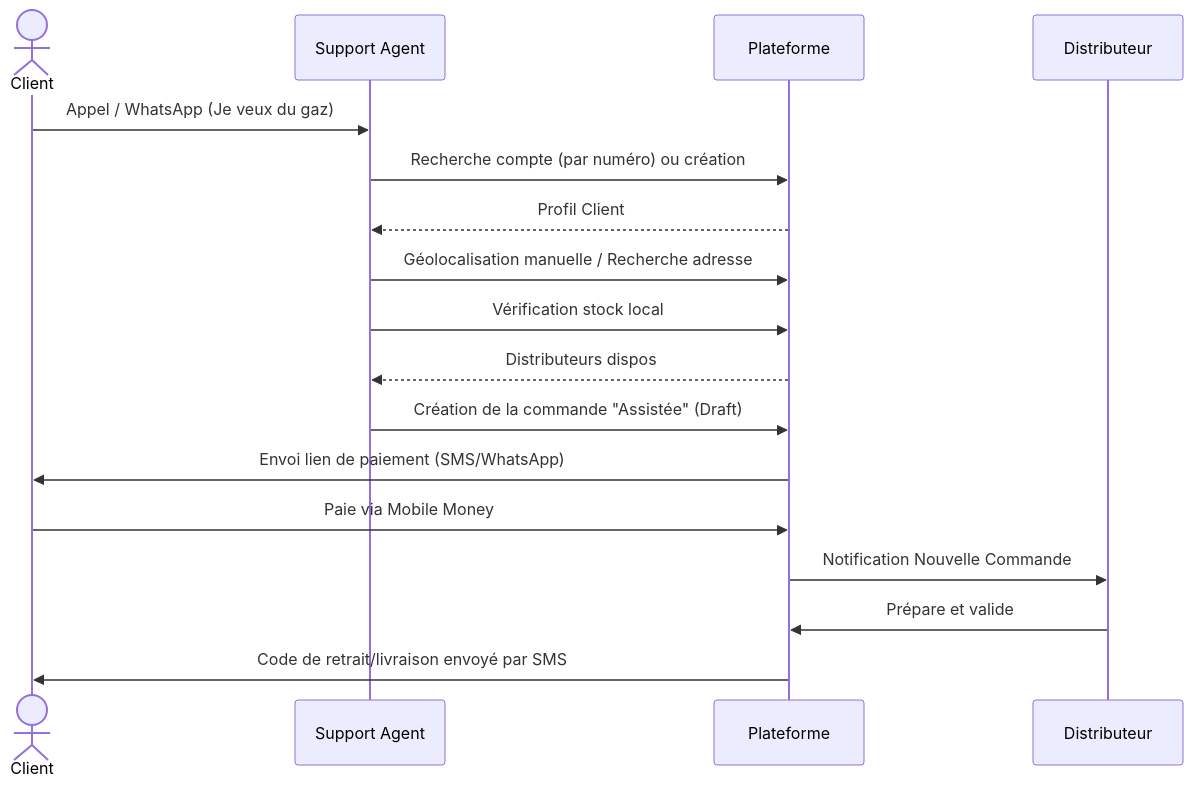
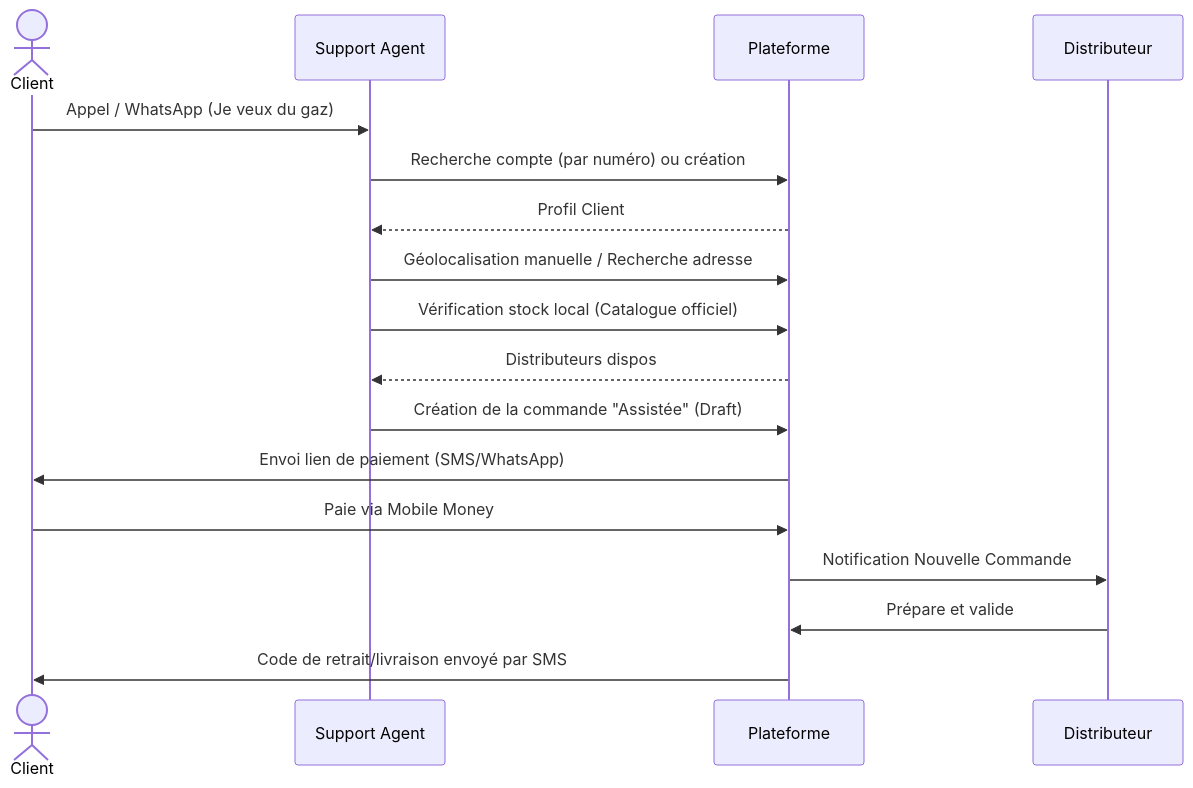
One commit to durelpro/pleingaz changed the third of 4 diagrams in docs/02-cadrage-ux-roles.md. Above: the diagram before and after it, drawn with Mermaid. The commit also changed other lines of this file and 4 other files, not shown here.

````diff
--- a/docs/02-cadrage-ux-roles.md
+++ b/docs/02-cadrage-ux-roles.md
@@ -110,20 +121,20 @@
 ```mermaid
 sequenceDiagram
     actor Client
     participant Support as Support Agent
     participant System as Plateforme
     participant Dist as Distributeur
 
     Client->>Support: Appel / WhatsApp (Je veux du gaz)
     Support->>System: Recherche compte (par numéro) ou création
     System-->>Support: Profil Client
     Support->>System: Géolocalisation manuelle / Recherche adresse
-    Support->>System: Vérification stock local
+    Support->>System: Vérification stock local (Catalogue officiel)
     System-->>Support: Distributeurs dispos
     Support->>System: Création de la commande "Assistée" (Draft)
     System->>Client: Envoi lien de paiement (SMS/WhatsApp)
     Client->>System: Paie via Mobile Money
     System->>Dist: Notification Nouvelle Commande
     Dist->>System: Prépare et valide
     System->>Client: Code de retrait/livraison envoyé par SMS
 ```
````
